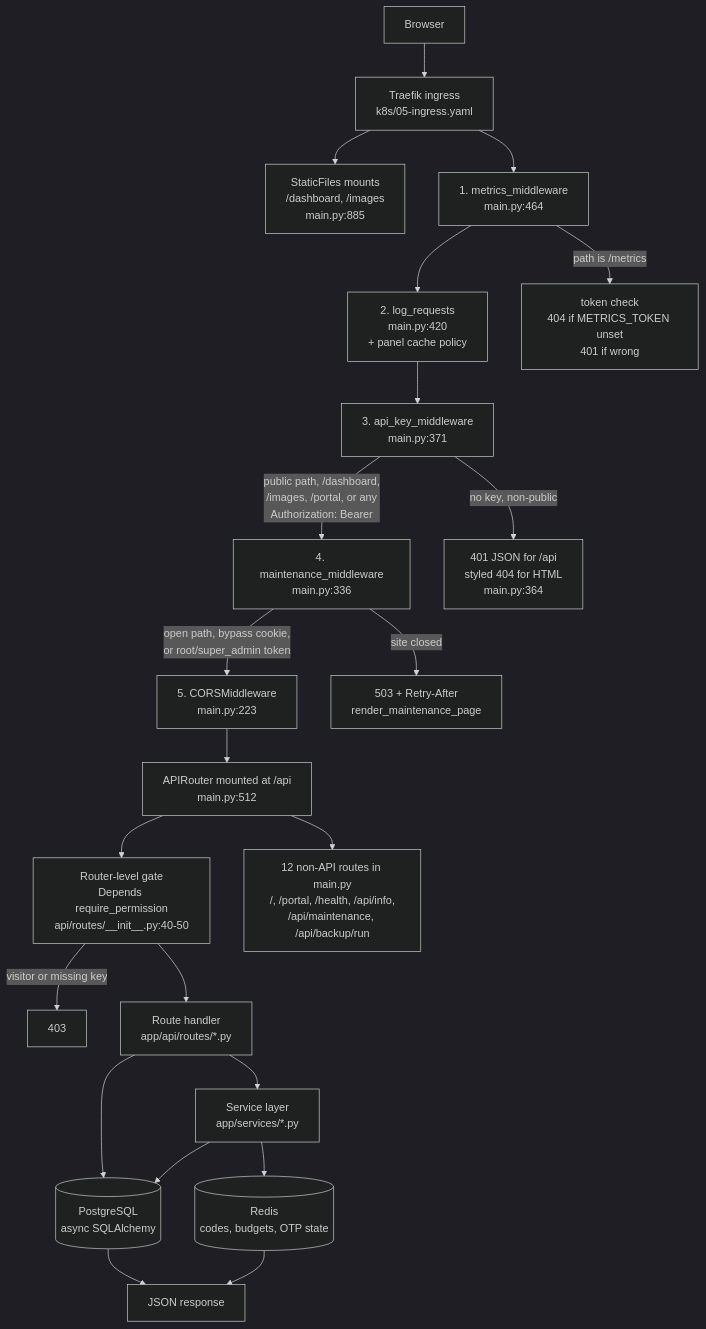
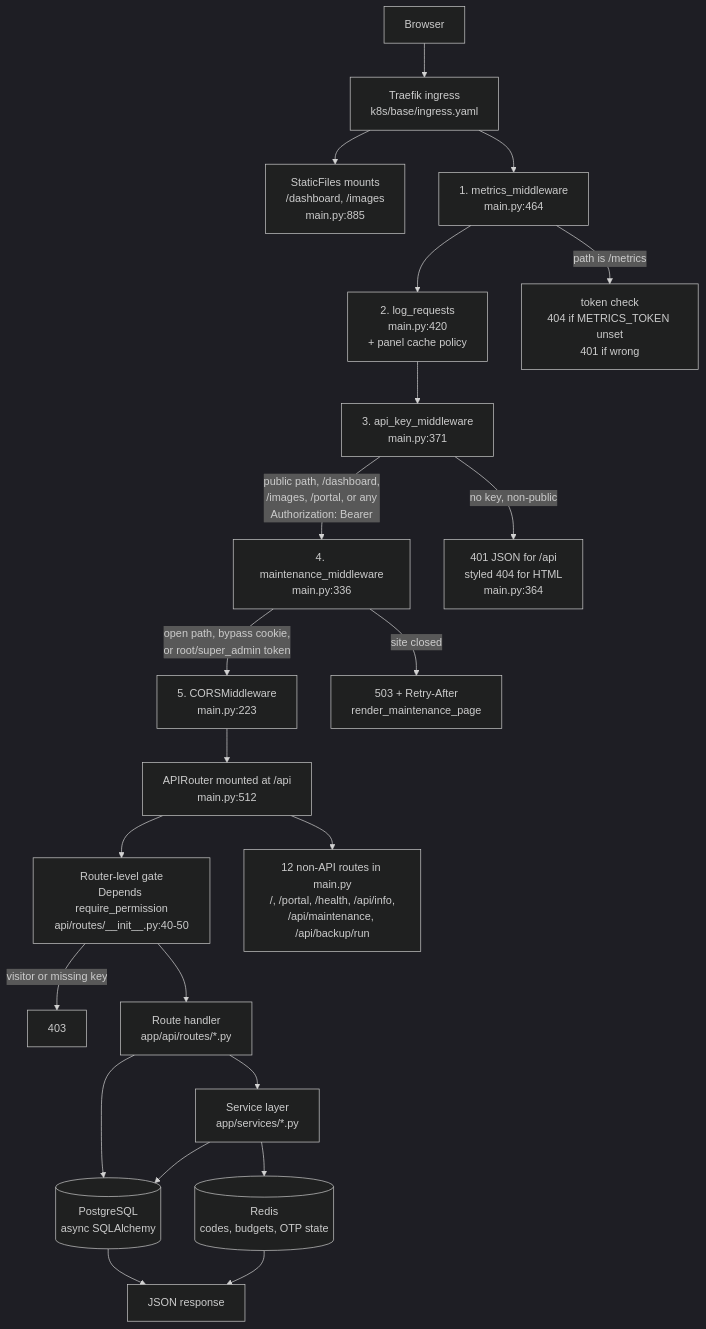
One commit to Tecso-Dev/SorinFlow-DaTA-mAmager changed the third of 5 diagrams in README.md. Above: the diagram before and after it, drawn with Mermaid (dark theme). The commit also changed other lines of this file and 1 other file, not shown here.

````diff
--- a/README.md
+++ b/README.md
@@ -174,32 +174,32 @@
 ```mermaid
 flowchart TD
-    B["Browser"] --> TR["Traefik ingress<br/>k8s/05-ingress.yaml"]
+    B["Browser"] --> TR["Traefik ingress<br/>k8s/base/ingress.yaml"]
     TR --> ST["StaticFiles mounts<br/>/dashboard, /images<br/>main.py:885"]
     TR --> MET
 
     MET["1. metrics_middleware<br/>main.py:464"] --> LOG
     MET -->|"path is /metrics"| MTOK["token check<br/>404 if METRICS_TOKEN unset<br/>401 if wrong"]
 
     LOG["2. log_requests<br/>main.py:420<br/>+ panel cache policy"] --> KEY
 
     KEY["3. api_key_middleware<br/>main.py:371"] -->|"public path, /dashboard,<br/>/images, /portal, or any<br/>Authorization: Bearer"| MNT
     KEY -->|"no key, non-public"| K401["401 JSON for /api<br/>styled 404 for HTML<br/>main.py:364"]
 
     MNT["4. maintenance_middleware<br/>main.py:336"] -->|"open path, bypass cookie,<br/>or root/super_admin token"| CORS
     MNT -->|"site closed"| M503["503 + Retry-After<br/>render_maintenance_page"]
 
     CORS["5. CORSMiddleware<br/>main.py:223"] --> RT
 
     RT["APIRouter mounted at /api<br/>main.py:512"] --> PERM
     RT --> PAGE["12 non-API routes in main.py<br/>/, /portal, /health, /api/info,<br/>/api/maintenance, /api/backup/run"]
 
     PERM["Router-level gate<br/>Depends require_permission<br/>api/routes/__init__.py:40-50"] -->|"visitor or missing key"| P403["403"]
     PERM --> H["Route handler<br/>app/api/routes/*.py"]
 
     H --> SV["Service layer<br/>app/services/*.py"]
     H --> DB[("PostgreSQL<br/>async SQLAlchemy")]
     SV --> DB
     SV --> RD[("Redis<br/>codes, budgets, OTP state")]
     DB --> RESP["JSON response"]
     RD --> RESP
 ```
````
